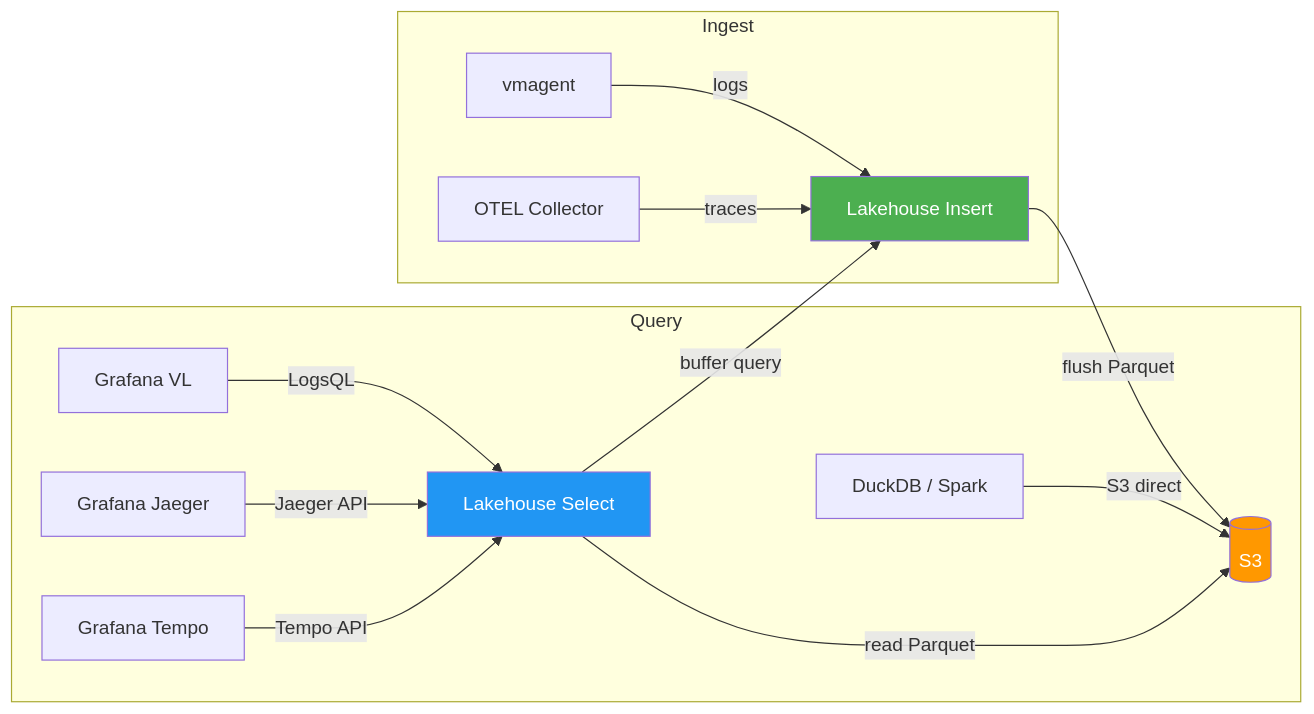
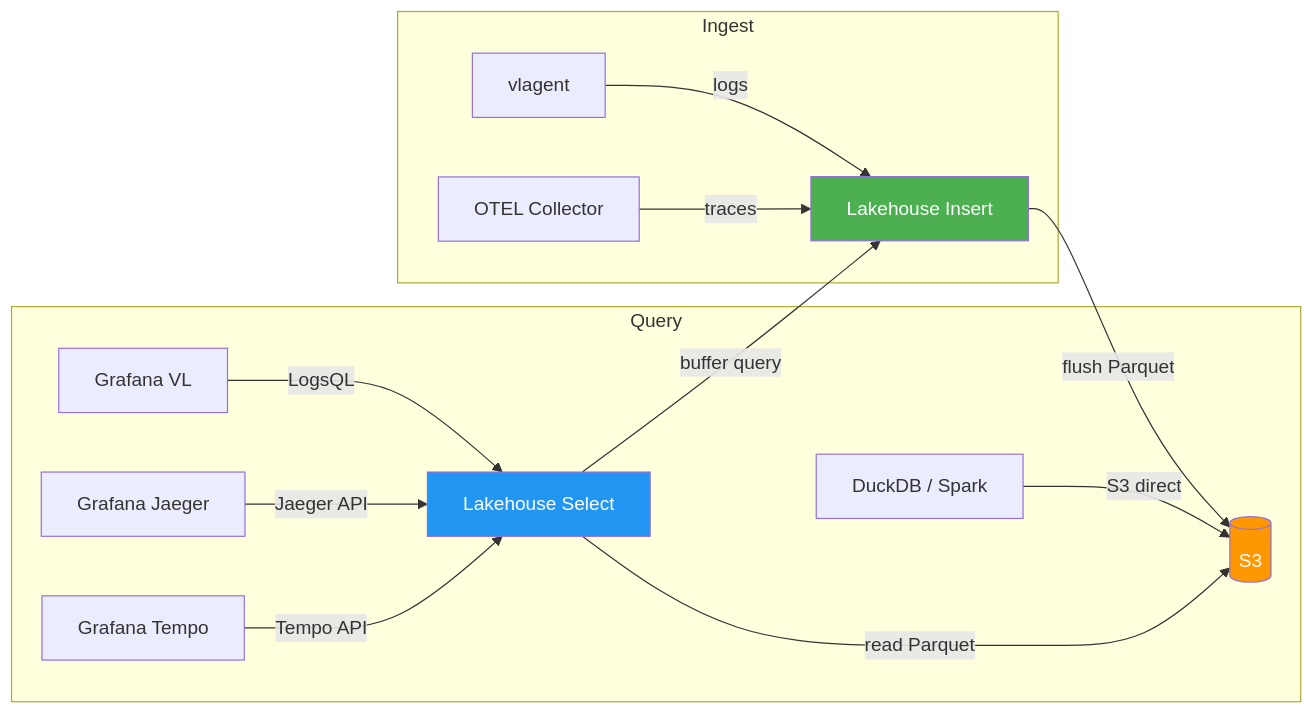
The first of 2 diagrams in docs/getting-started.md (ReliablyObserve/victoria-lakehouse), drawn with Mermaid before and after one commit.

Commit message:
fix(docs): correct vmagent to vlagent for logs ingest diagram
vlagent is the VictoriaLogs agent; vmagent is for metrics.

````diff
--- a/docs/getting-started.md
+++ b/docs/getting-started.md
@@ -16,20 +16,20 @@
 ```mermaid
 graph LR
     subgraph Ingest
-        A1[vmagent] -->|logs| B[Lakehouse Insert]
+        A1[vlagent] -->|logs| B[Lakehouse Insert]
         A2[OTEL Collector] -->|traces| B
     end
     B -->|flush Parquet| C[(S3)]
     subgraph Query
         D1[Grafana VL] -->|LogsQL| E[Lakehouse Select]
         D2[Grafana Jaeger] -->|Jaeger API| E
         D3[Grafana Tempo] -->|Tempo API| E
         D4[DuckDB / Spark] -->|S3 direct| C
     end
     E -->|read Parquet| C
     E -->|buffer query| B
 
     style B fill:#4CAF50,color:#fff
     style E fill:#2196F3,color:#fff
     style C fill:#FF9800,color:#fff
 ```
````
